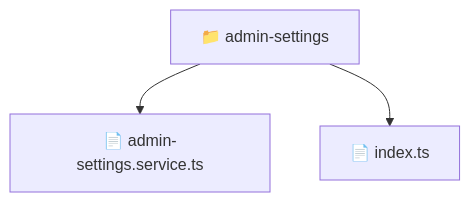
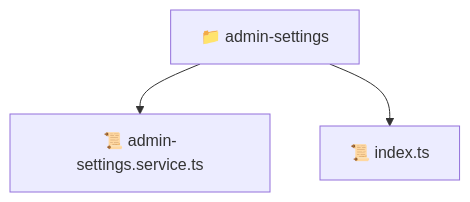
Before and after one commit to beginwebdev2002/fullstack-mavluda: the diagram in frontend/src/entities/admin-settings/README.md, drawn with Mermaid. The commit also changed other lines of this file and 163 other files, not shown here.

````diff
--- a/frontend/src/entities/admin-settings/README.md
+++ b/frontend/src/entities/admin-settings/README.md
@@ -11,6 +11,6 @@
 ```mermaid
 graph TD
-  Root["📁 admin-settings"]
-  Root --> admin_settings_service_ts["📄 admin-settings.service.ts"]
-  Root --> index_ts["📄 index.ts"]
+  admin_settings["📁 admin-settings"]
+  admin_settings --> admin_settings_service_ts["📜 admin-settings.service.ts"]
+  admin_settings --> index_ts["📜 index.ts"]
 ```
````
